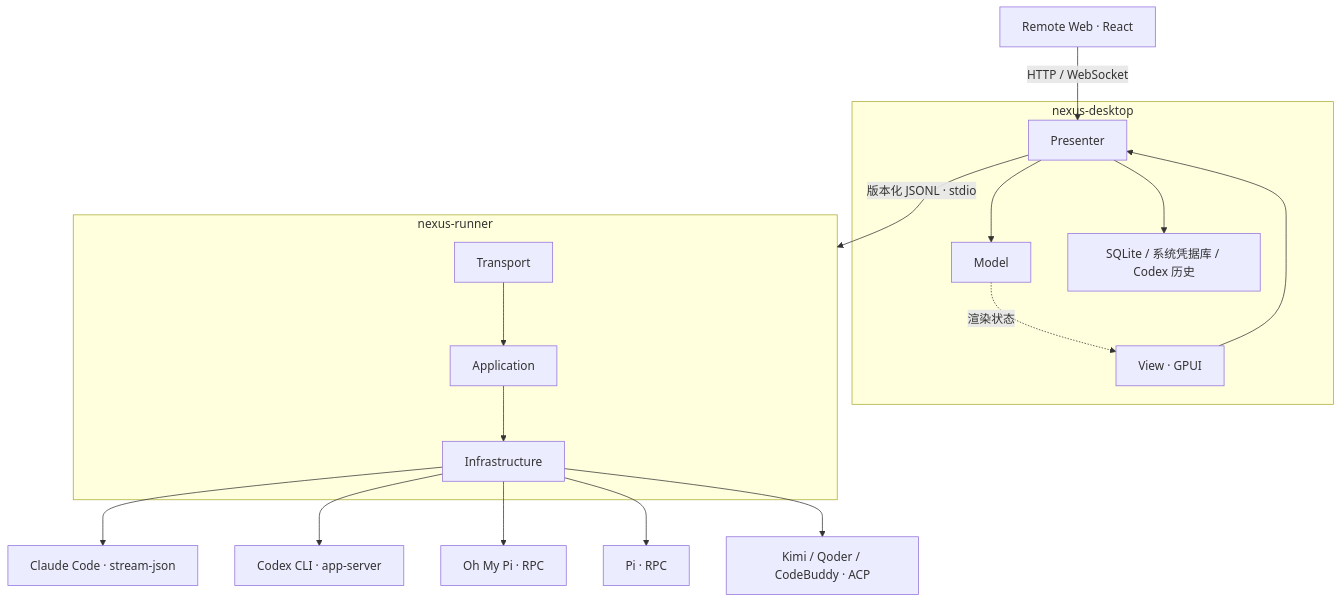
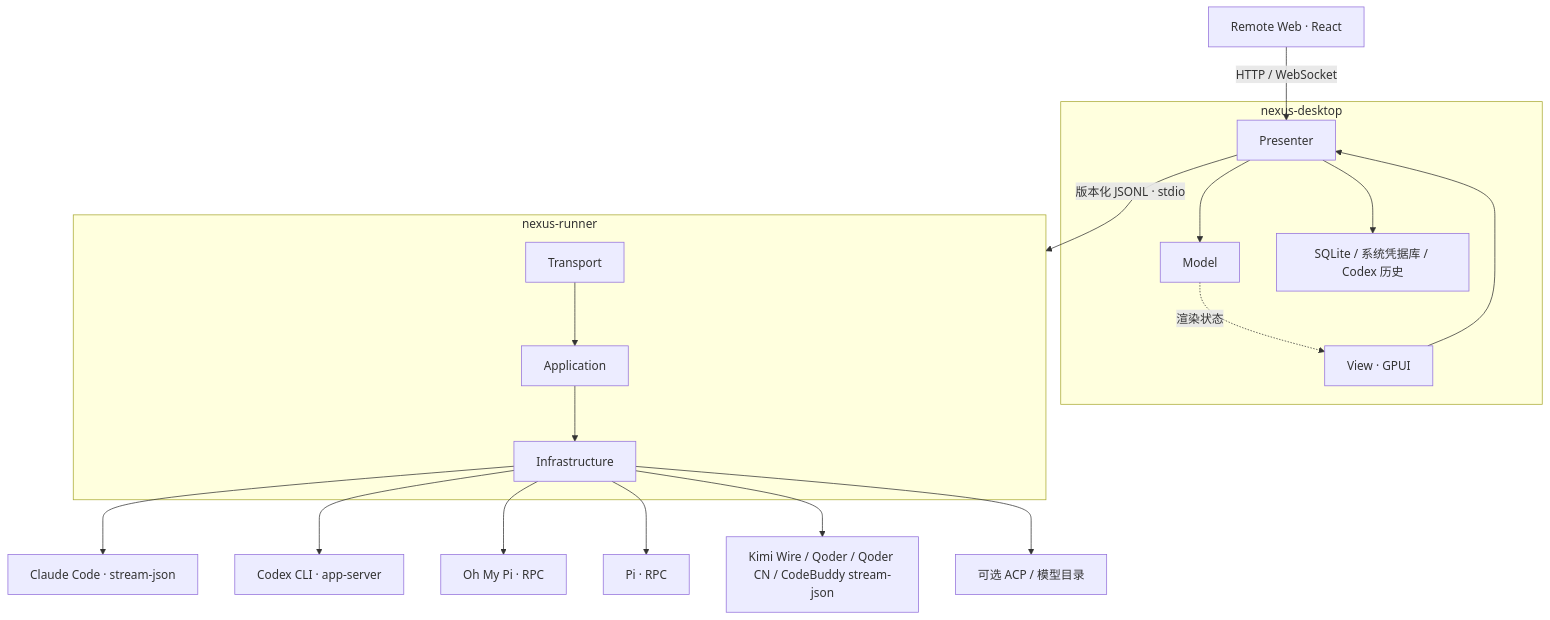
One commit to ji233-Sun/nexus-agent changed the diagram in docs/development.md. Above: the diagram before and after it, drawn with Mermaid. The commit also changed other lines of this file and 29 other files, not shown here.

````diff
--- a/docs/development.md
+++ b/docs/development.md
@@ -70,19 +70,20 @@
 ```mermaid
 flowchart TB
     Web[Remote Web · React] -->|HTTP / WebSocket| Presenter
     subgraph Desktop[nexus-desktop]
         View[View · GPUI] --> Presenter
         Presenter --> Model
         Model -. 渲染状态 .-> View
         Presenter --> Storage[SQLite / 系统凭据库 / Codex 历史]
     end
     Presenter -->|版本化 JSONL · stdio| Runner
     subgraph Runner[nexus-runner]
         Transport --> Application --> Infrastructure
     end
     Infrastructure --> Claude[Claude Code · stream-json]
     Infrastructure --> Codex[Codex CLI · app-server]
     Infrastructure --> OMP[Oh My Pi · RPC]
     Infrastructure --> Pi[Pi · RPC]
-    Infrastructure --> ACP[Kimi / Qoder / CodeBuddy · ACP]
+    Infrastructure --> Native[Kimi Wire / Qoder / Qoder CN / CodeBuddy stream-json]
+    Infrastructure --> ACP[可选 ACP / 模型目录]
 ```
````
